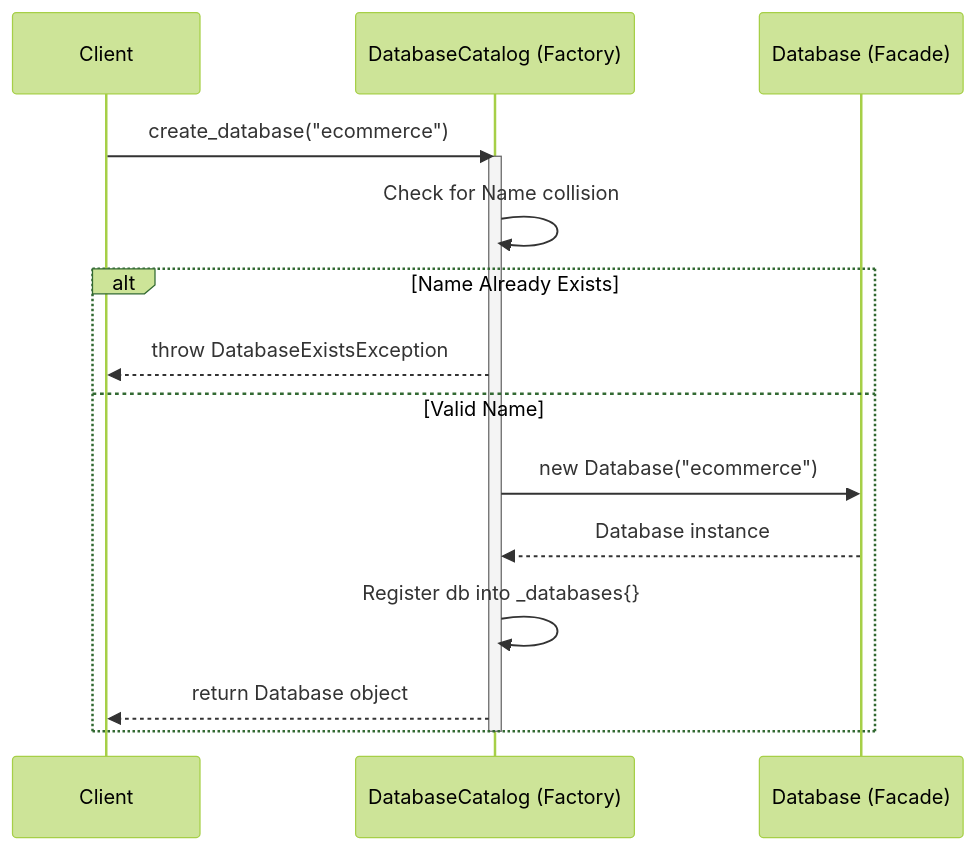
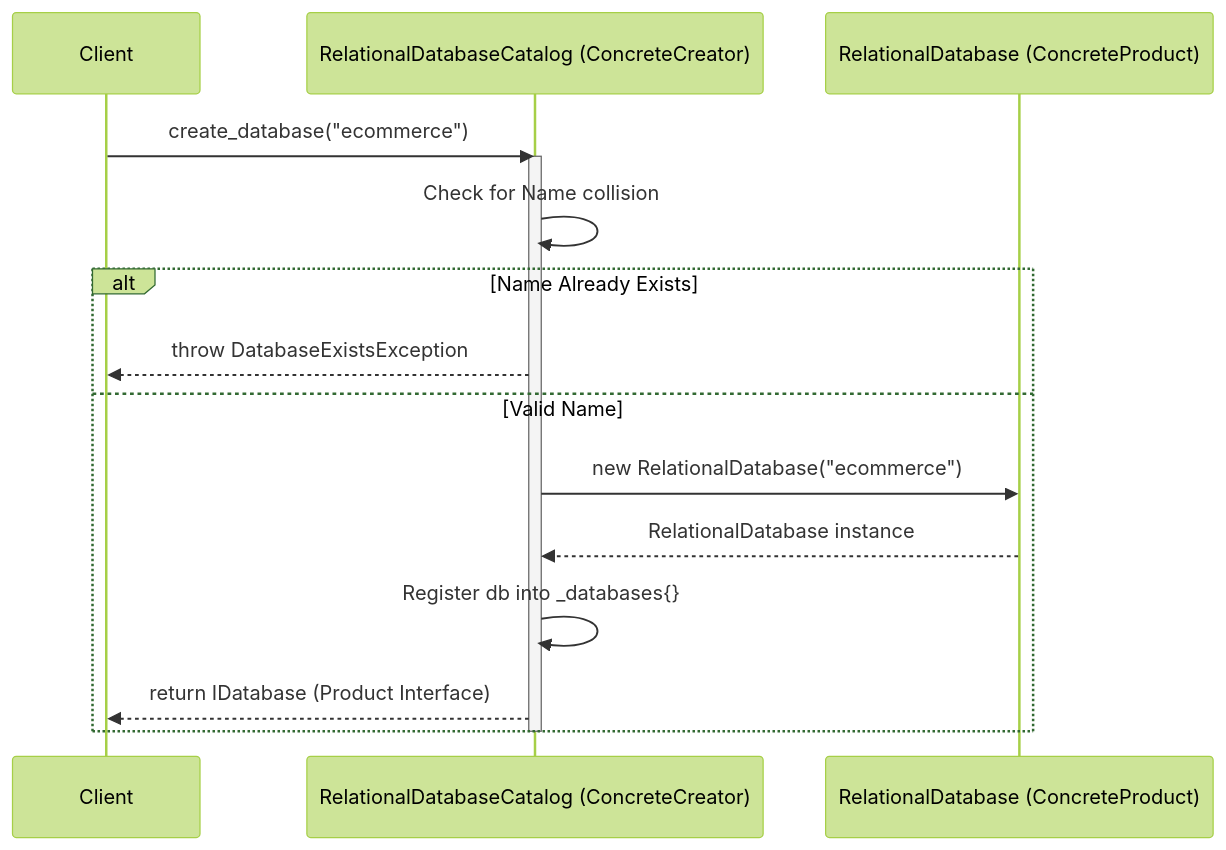
Before and after one commit to Ricky13170/bbv_DBMS: the fourth of 24 diagrams in docs/readme.md, drawn with Mermaid (forest theme). The commit also changed other lines of this file and 6 other files, not shown here.

````diff
--- a/docs/readme.md
+++ b/docs/readme.md
@@ -135,19 +137,19 @@
 ```mermaid
 sequenceDiagram
     participant Client
-    participant DC as DatabaseCatalog (Factory)
-    participant DB as Database (Facade)
+    participant DC as RelationalDatabaseCatalog (ConcreteCreator)
+    participant DB as RelationalDatabase (ConcreteProduct)
 
     Client->>DC: create_database("ecommerce")
     activate DC
     DC->>DC: Check for Name collision
     alt Name Already Exists
         DC-->>Client: throw DatabaseExistsException
     else Valid Name
-        DC->>DB: new Database("ecommerce")
-        DB-->>DC: Database instance
+        DC->>DB: new RelationalDatabase("ecommerce")
+        DB-->>DC: RelationalDatabase instance
         DC->>DC: Register db into _databases{}
-        DC-->>Client: return Database object
+        DC-->>Client: return IDatabase (Product Interface)
     end
     deactivate DC
 ```
````
